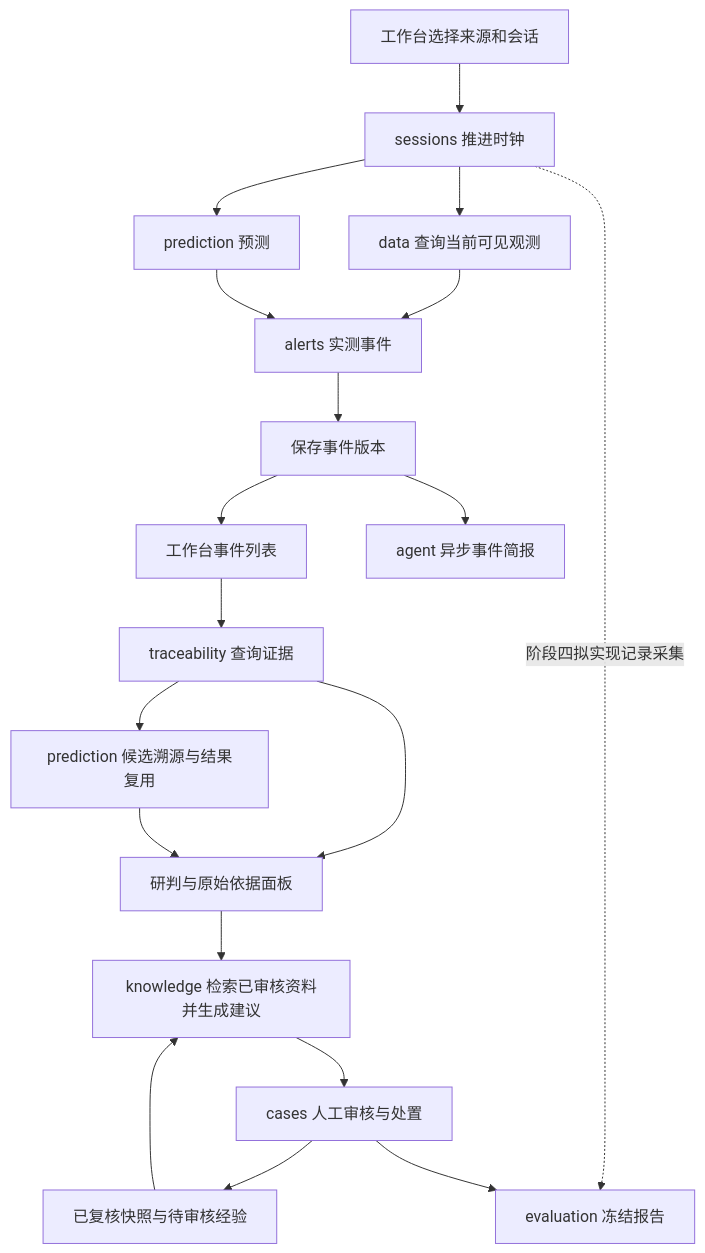
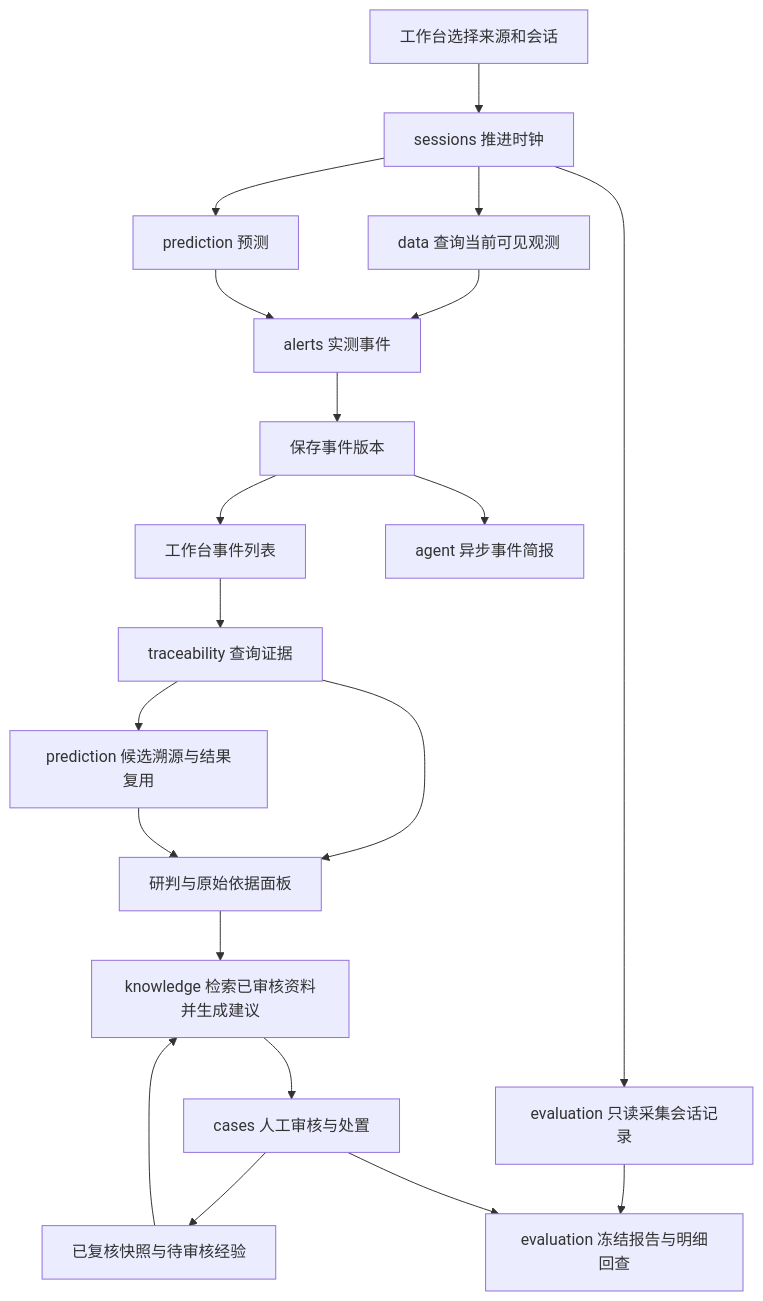
One commit to jiang0209f/coal-mine-gas-risk-agent changed the diagram in docs/module-design-v0.6.md. Above: the diagram before and after it, drawn with Mermaid. The commit also changed other lines of this file and 19 other files, not shown here.

````diff
--- a/docs/module-design-v0.6.md
+++ b/docs/module-design-v0.6.md
@@ -62,21 +62,22 @@
 ```mermaid
 flowchart TD
   UI[工作台选择来源和会话] --> S[sessions 推进时钟]
   S --> D[data 查询当前可见观测]
   S --> P[prediction 预测]
   D --> A[alerts 实测事件]
   P --> A
   A --> EV[保存事件版本]
   EV --> UI2[工作台事件列表]
   UI2 --> T[traceability 查询证据]
   T --> CA[prediction 候选溯源与结果复用]
   T --> PANEL[研判与原始依据面板]
   CA --> PANEL
   EV --> G[agent 异步事件简报]
   PANEL --> K[knowledge 检索已审核资料并生成建议]
   K --> C[cases 人工审核与处置]
   C --> X[已复核快照与待审核经验]
   X --> K
-  S -. 阶段四拟实现记录采集 .-> E[evaluation 冻结报告]
+  S --> EC[evaluation 只读采集会话记录]
+  EC --> E[evaluation 冻结报告与明细回查]
   C --> E
 ```
````
